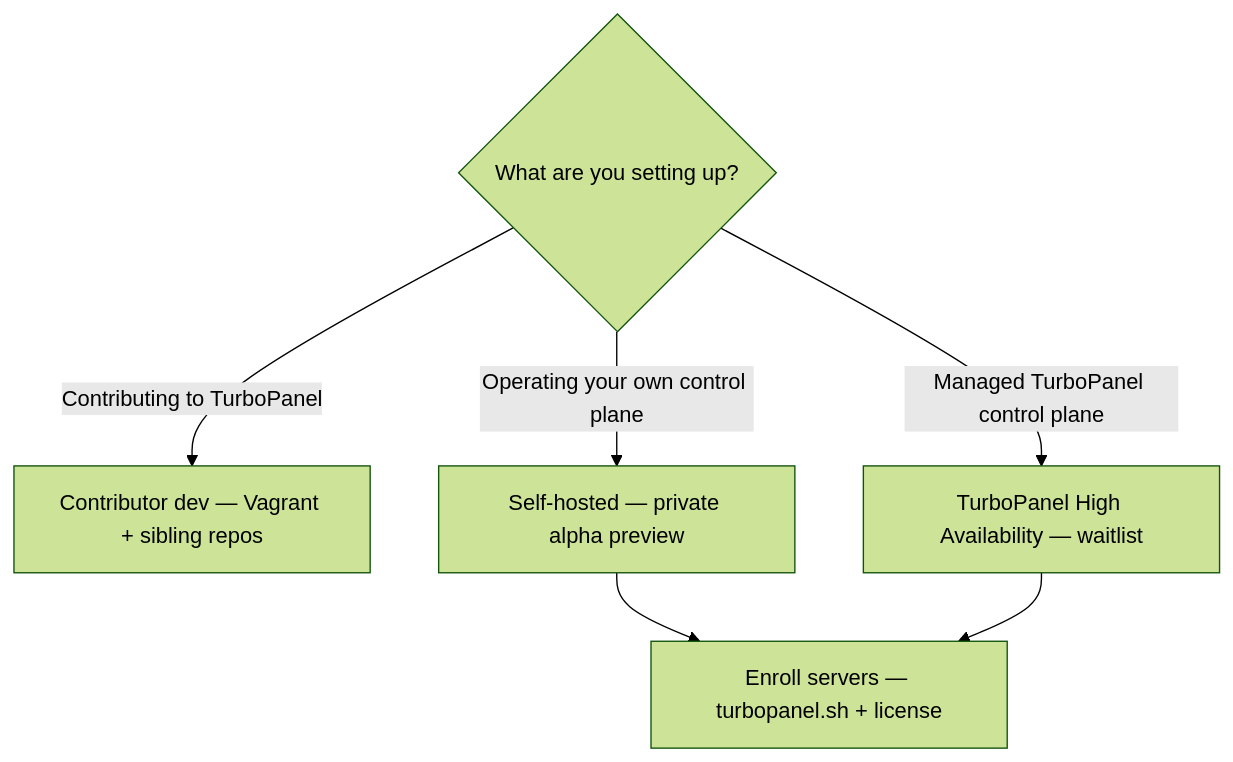
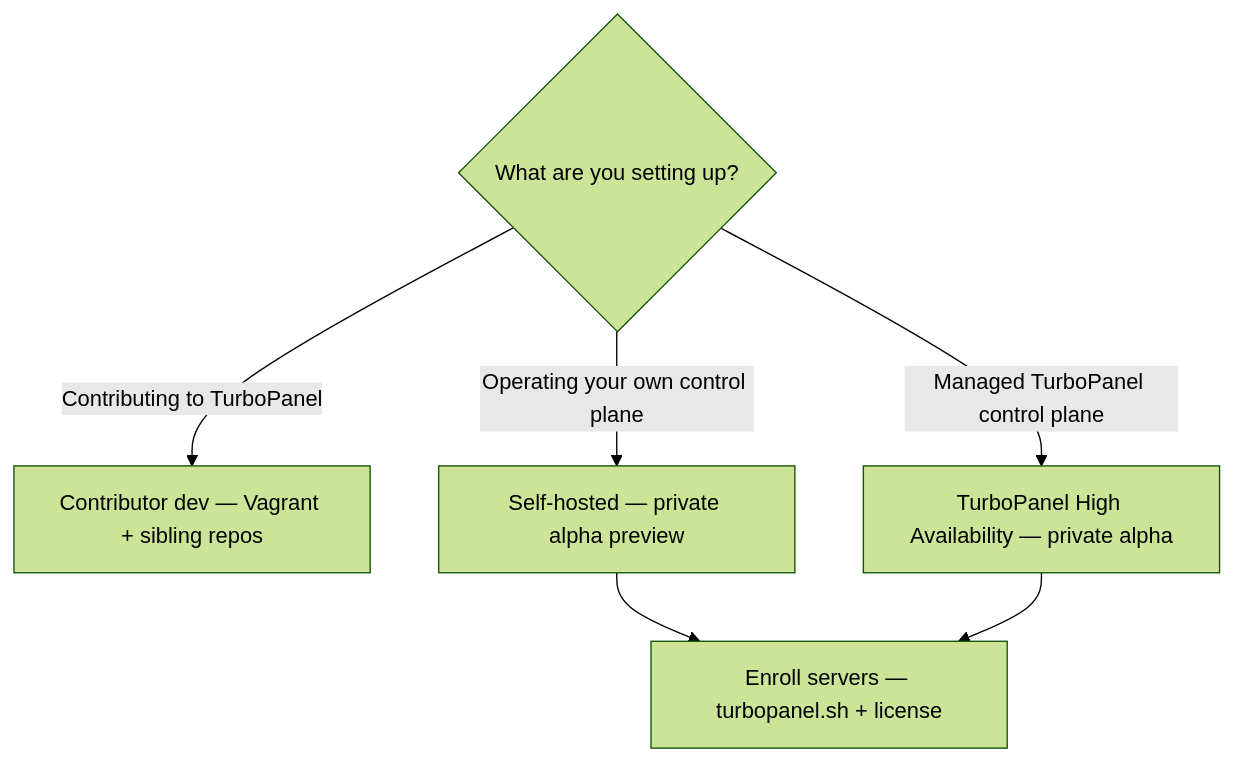
Before and after one commit to TurboPanel/website: the diagram in docs/getting-started/installation.mdx, drawn with Mermaid (forest theme). The commit also changed other lines of this file and 17 other files, not shown here.

````diff
--- a/docs/getting-started/installation.mdx
+++ b/docs/getting-started/installation.mdx
@@ -10,9 +10,9 @@
 ```mermaid title="TurboPanel installation path decision"
 flowchart TD
     Q{What are you setting up?}
     Q -->|Contributing to TurboPanel| Dev[Contributor dev — Vagrant + sibling repos]
     Q -->|Operating your own control plane| Self[Self-hosted — private alpha preview]
-    Q -->|Managed TurboPanel control plane| HA[TurboPanel High Availability — waitlist]
+    Q -->|Managed TurboPanel control plane| HA[TurboPanel High Availability — private alpha]
     Self --> Nodes[Enroll servers — turbopanel.sh + license]
     HA --> Nodes
 ```
````
